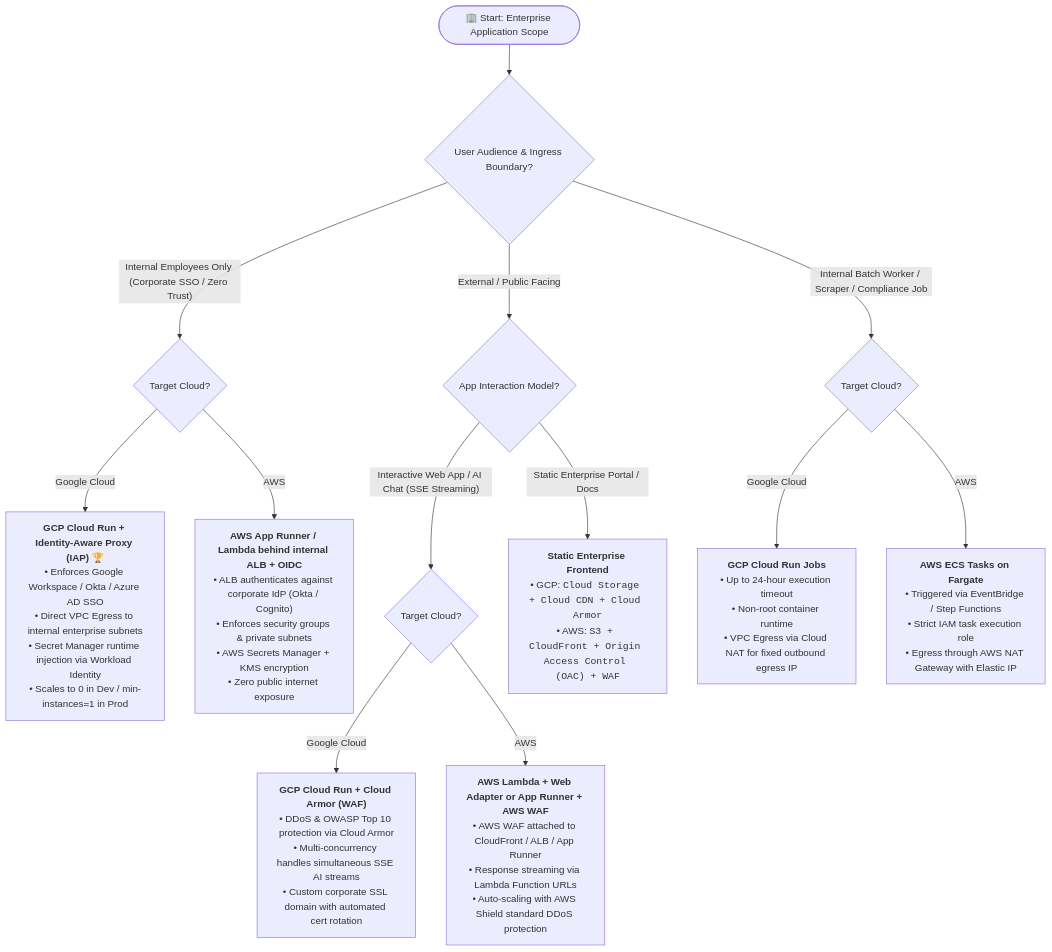
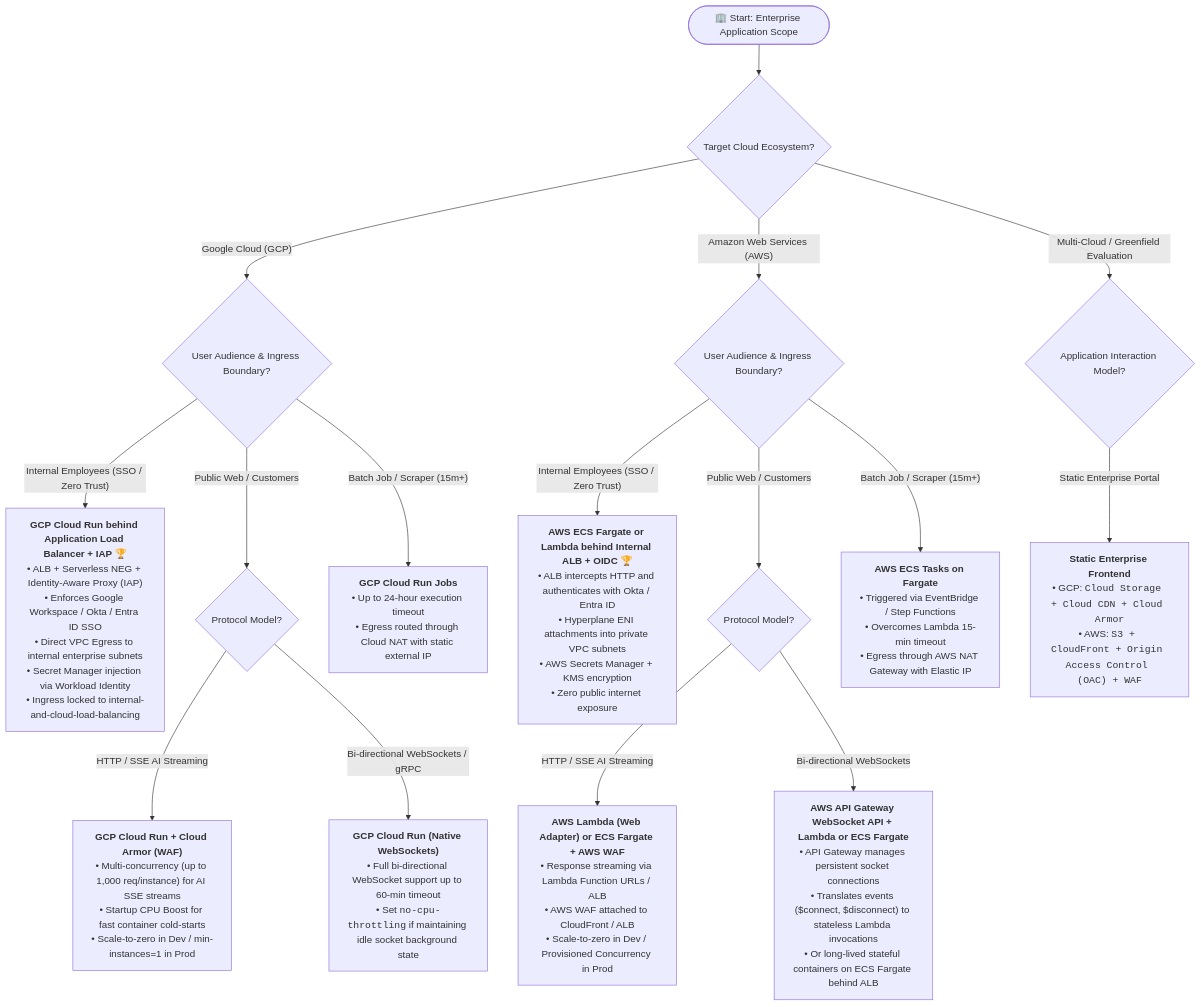
Before and after one commit to xirago/serverless-architect: the first of 2 diagrams in resources/decision_tree.md, drawn with Mermaid. The commit also changed other lines of this file and 4 other files, not shown here.

Commit message:
feat: refine serverless-architect for enterprise advisory role and add evals suite

````diff
--- a/resources/decision_tree.md
+++ b/resources/decision_tree.md
@@ -5,24 +5,26 @@
 ```mermaid
 flowchart TD
-    Start(["🏢 Start: Enterprise Application Scope"]) --> Q_Ingress{"User Audience & Ingress Boundary?"}
+    Start(["🏢 Start: Enterprise Application Scope"]) --> Q_Cloud{"Target Cloud Ecosystem?"}
 
-    %% Branch 1: Internal Employee Application
-    Q_Ingress -->|"Internal Employees Only (Corporate SSO / Zero Trust)"| Q_Internal_Cloud{"Target Cloud?"}
-    
-    Q_Internal_Cloud -->|"Google Cloud"| Res_GCP_Internal["<b>GCP Cloud Run + Identity-Aware Proxy (IAP)</b> 🏆<br/>• Enforces Google Workspace / Okta / Azure AD SSO<br/>• Direct VPC Egress to internal enterprise subnets<br/>• Secret Manager runtime injection via Workload Identity<br/>• Scales to 0 in Dev / min-instances=1 in Prod"]
-    Q_Internal_Cloud -->|"AWS"| Res_AWS_Internal["<b>AWS App Runner / Lambda behind internal ALB + OIDC</b><br/>• ALB authenticates against corporate IdP (Okta / Cognito)<br/>• Enforces security groups & private subnets<br/>• AWS Secrets Manager + KMS encryption<br/>• Zero public internet exposure"]
+    %% Cloud Footprint Selection
+    Q_Cloud -->|"Google Cloud (GCP)"| Q_GCP_Ingress{"User Audience & Ingress Boundary?"}
+    Q_Cloud -->|"Amazon Web Services (AWS)"| Q_AWS_Ingress{"User Audience & Ingress Boundary?"}
+    Q_Cloud -->|"Multi-Cloud / Greenfield Evaluation"| Q_Multi_Proto{"Application Interaction Model?"}
 
-    %% Branch 2: Public Customer / Partner Application
-    Q_Ingress -->|"External / Public Facing"| Q_Public_Proto{"App Interaction Model?"}
-    
-    Q_Public_Proto -->|"Interactive Web App / AI Chat (SSE Streaming)"| Q_Public_Cloud{"Target Cloud?"}
-    Q_Public_Cloud -->|"Google Cloud"| Res_GCP_Public_Web["<b>GCP Cloud Run + Cloud Armor (WAF)</b><br/>• DDoS & OWASP Top 10 protection via Cloud Armor<br/>• Multi-concurrency handles simultaneous SSE AI streams<br/>• Custom corporate SSL domain with automated cert rotation"]
-    Q_Public_Cloud -->|"AWS"| Res_AWS_Public_Web["<b>AWS Lambda + Web Adapter or App Runner + AWS WAF</b><br/>• AWS WAF attached to CloudFront / ALB / App Runner<br/>• Response streaming via Lambda Function URLs<br/>• Auto-scaling with AWS Shield standard DDoS protection"]
+    %% GCP Ingress Branches
+    Q_GCP_Ingress -->|"Internal Employees (SSO / Zero Trust)"| Res_GCP_Internal["<b>GCP Cloud Run behind Application Load Balancer + IAP</b> 🏆<br/>• ALB + Serverless NEG + Identity-Aware Proxy (IAP)<br/>• Enforces Google Workspace / Okta / Entra ID SSO<br/>• Direct VPC Egress to internal enterprise subnets<br/>• Secret Manager injection via Workload Identity<br/>• Ingress locked to internal-and-cloud-load-balancing"]
+    Q_GCP_Ingress -->|"Public Web / Customers"| Q_GCP_Proto{"Protocol Model?"}
+    Q_GCP_Proto -->|"HTTP / SSE AI Streaming"| Res_GCP_Public_SSE["<b>GCP Cloud Run + Cloud Armor (WAF)</b><br/>• Multi-concurrency (up to 1,000 req/instance) for AI SSE streams<br/>• Startup CPU Boost for fast container cold-starts<br/>• Scale-to-zero in Dev / min-instances=1 in Prod"]
+    Q_GCP_Proto -->|"Bi-directional WebSockets / gRPC"| Res_GCP_Public_WS["<b>GCP Cloud Run (Native WebSockets)</b><br/>• Full bi-directional WebSocket support up to 60-min timeout<br/>• Set <code>no-cpu-throttling</code> if maintaining idle socket background state"]
+    Q_GCP_Ingress -->|"Batch Job / Scraper (15m+)"| Res_GCP_Batch["<b>GCP Cloud Run Jobs</b><br/>• Up to 24-hour execution timeout<br/>• Egress routed through Cloud NAT with static external IP"]
 
-    Q_Public_Proto -->|"Static Enterprise Portal / Docs"| Res_Static_Ent["<b>Static Enterprise Frontend</b><br/>• GCP: <code>Cloud Storage + Cloud CDN + Cloud Armor</code><br/>• AWS: <code>S3 + CloudFront + Origin Access Control (OAC) + WAF</code>"]
+    %% AWS Ingress Branches
+    Q_AWS_Ingress -->|"Internal Employees (SSO / Zero Trust)"| Res_AWS_Internal["<b>AWS ECS Fargate or Lambda behind Internal ALB + OIDC</b> 🏆<br/>• ALB intercepts HTTP and authenticates with Okta / Entra ID<br/>• Hyperplane ENI attachments into private VPC subnets<br/>• AWS Secrets Manager + KMS encryption<br/>• Zero public internet exposure"]
+    Q_AWS_Ingress -->|"Public Web / Customers"| Q_AWS_Proto{"Protocol Model?"}
+    Q_AWS_Proto -->|"HTTP / SSE AI Streaming"| Res_AWS_Public_SSE["<b>AWS Lambda (Web Adapter) or ECS Fargate + AWS WAF</b><br/>• Response streaming via Lambda Function URLs / ALB<br/>• AWS WAF attached to CloudFront / ALB<br/>• Scale-to-zero in Dev / Provisioned Concurrency in Prod"]
+    Q_AWS_Proto -->|"Bi-directional WebSockets"| Res_AWS_Public_WS["<b>AWS API Gateway WebSocket API + Lambda or ECS Fargate</b><br/>• API Gateway manages persistent socket connections<br/>• Translates events ($connect, $disconnect) to stateless Lambda invocations<br/>• Or long-lived stateful containers on ECS Fargate behind ALB"]
+    Q_AWS_Ingress -->|"Batch Job / Scraper (15m+)"| Res_AWS_Batch["<b>AWS ECS Tasks on Fargate</b><br/>• Triggered via EventBridge / Step Functions<br/>• Overcomes Lambda 15-min timeout<br/>• Egress through AWS NAT Gateway with Elastic IP"]
 
-    %% Branch 3: Background Batch / Data Pipeline
-    Q_Ingress -->|"Internal Batch Worker / Scraper / Compliance Job"| Q_Batch_Cloud{"Target Cloud?"}
-    Q_Batch_Cloud -->|"Google Cloud"| Res_GCP_Batch["<b>GCP Cloud Run Jobs</b><br/>• Up to 24-hour execution timeout<br/>• Non-root container runtime<br/>• VPC Egress via Cloud NAT for fixed outbound egress IP"]
-    Q_Batch_Cloud -->|"AWS"| Res_AWS_Batch["<b>AWS ECS Tasks on Fargate</b><br/>• Triggered via EventBridge / Step Functions<br/>• Strict IAM task execution role<br/>• Egress through AWS NAT Gateway with Elastic IP"]
+    %% Multi-Cloud Static
+    Q_Multi_Proto -->|"Static Enterprise Portal"| Res_Static_Ent["<b>Static Enterprise Frontend</b><br/>• GCP: <code>Cloud Storage + Cloud CDN + Cloud Armor</code><br/>• AWS: <code>S3 + CloudFront + Origin Access Control (OAC) + WAF</code>"]
 ```
````
